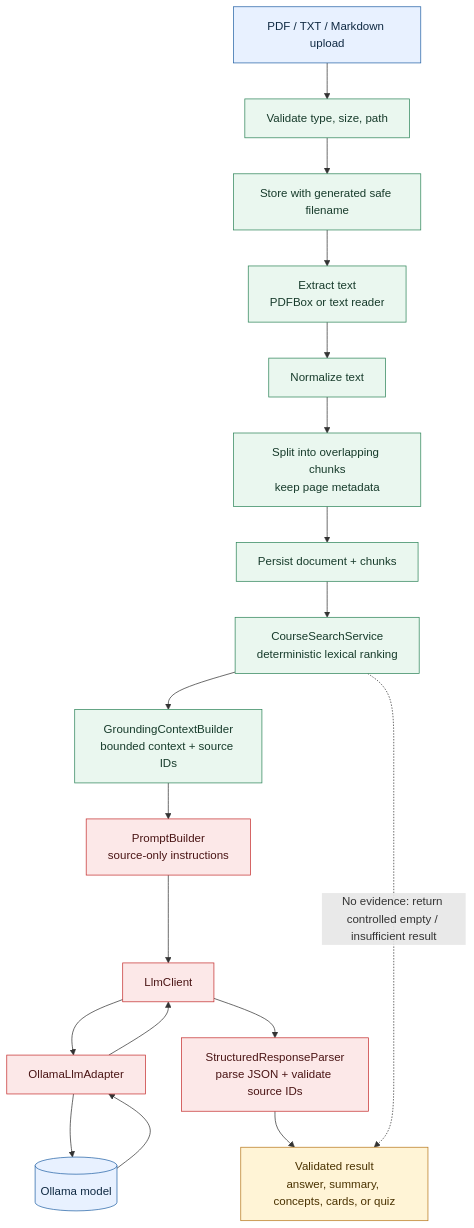
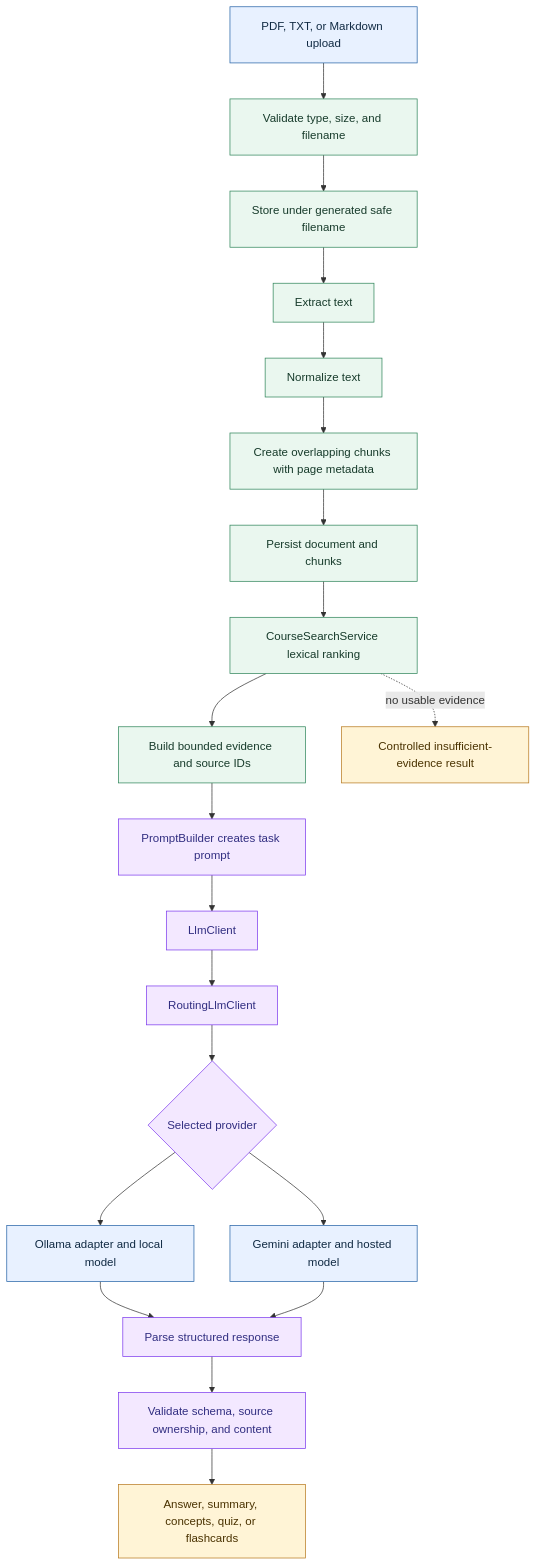
The third of 4 diagrams in docs/architecture-diagram.md (ZaaidAhmed/StudyForge), drawn with Mermaid before and after one commit. The commit also changed other lines of this file and 6 other files, not shown here.

````diff
--- a/docs/architecture-diagram.md
+++ b/docs/architecture-diagram.md
@@ -91,32 +104,38 @@
 ```mermaid
 flowchart TB
-    Upload[PDF / TXT / Markdown upload]
-    Validate[Validate type, size, path]
-    Store[Store with generated safe filename]
-    Extract[Extract text\nPDFBox or text reader]
-    Clean[Normalize text]
-    Chunk[Split into overlapping chunks\nkeep page metadata]
-    Persist[Persist document + chunks]
-    Search[CourseSearchService\ndeterministic lexical ranking]
-    Context[GroundingContextBuilder\nbounded context + source IDs]
-    Prompt[PromptBuilder\nsource-only instructions]
-    Contract[LlmClient]
-    Provider[OllamaLlmAdapter]
-    Model[(Ollama model)]
-    Parse[StructuredResponseParser\nparse JSON + validate source IDs]
-    Feature[Validated result\nanswer, summary, concepts, cards, or quiz]
+    Upload[PDF, TXT, or Markdown upload]
+    Validate[Validate type, size, and filename]
+    Store[Store under generated safe filename]
+    Extract[Extract text]
+    Normalize[Normalize text]
+    Chunk[Create overlapping chunks with page metadata]
+    Persist[Persist document and chunks]
+    Search[CourseSearchService lexical ranking]
+    Ground[Build bounded evidence and source IDs]
+    Prompt[PromptBuilder creates task prompt]
+    Port[LlmClient]
+    Route[RoutingLlmClient]
+    Provider{Selected provider}
+    Ollama[Ollama adapter and local model]
+    Gemini[Gemini adapter and hosted model]
+    Parse[Parse structured response]
+    ValidateOutput[Validate schema, source ownership, and content]
+    Result[Answer, summary, concepts, quiz, or flashcards]
+    NoEvidence[Controlled insufficient-evidence result]
 
-    Upload --> Validate --> Store --> Extract --> Clean --> Chunk --> Persist
-    Persist --> Search --> Context --> Prompt --> Contract --> Provider --> Model
-    Model --> Provider --> Contract --> Parse --> Feature
-    Search -. "No evidence: return controlled empty / insufficient result" .-> Feature
+    Upload --> Validate --> Store --> Extract --> Normalize --> Chunk --> Persist
+    Persist --> Search --> Ground --> Prompt --> Port --> Route --> Provider
+    Provider --> Ollama --> Parse
+    Provider --> Gemini --> Parse
+    Parse --> ValidateOutput --> Result
+    Search -. "no usable evidence" .-> NoEvidence
 
     classDef source fill:#e8f1ff,stroke:#2563a6,color:#102a43
     classDef process fill:#eaf7ef,stroke:#2f855a,color:#173b2b
-    classDef ai fill:#fce8e8,stroke:#c53030,color:#4a1515
-    classDef result fill:#fff4d6,stroke:#b7791f,color:#4a3200
-    class Upload,Model source
-    class Validate,Store,Extract,Clean,Chunk,Persist,Search,Context process
-    class Prompt,Contract,Provider,Parse ai
-    class Feature result
+    classDef ai fill:#f3e8ff,stroke:#7c3aed,color:#312e81
+    classDef outcome fill:#fff4d6,stroke:#b7791f,color:#4a3200
+    class Upload,Ollama,Gemini source
+    class Validate,Store,Extract,Normalize,Chunk,Persist,Search,Ground process
+    class Prompt,Port,Route,Provider,Parse,ValidateOutput ai
+    class Result,NoEvidence outcome
 ```
````
